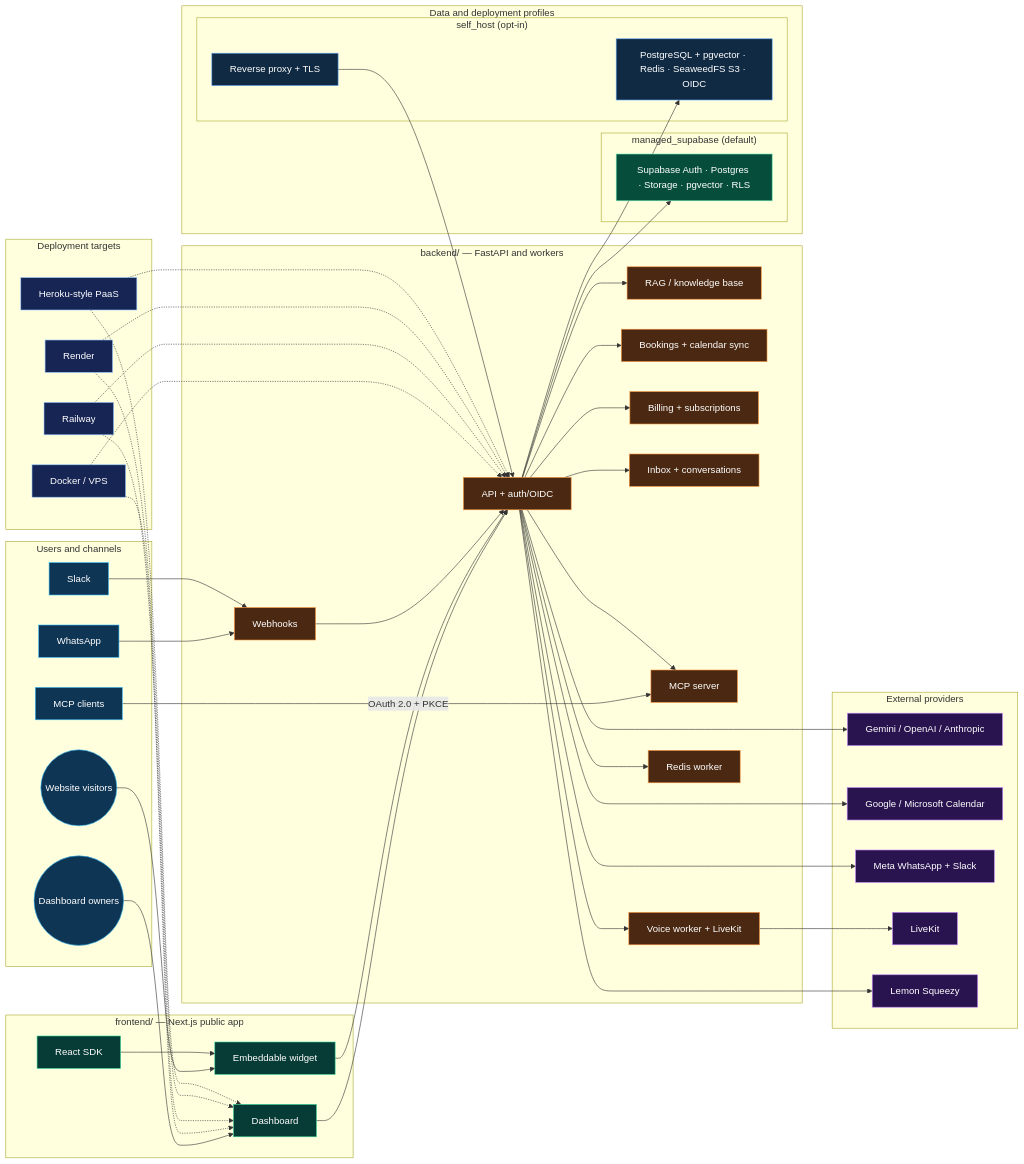
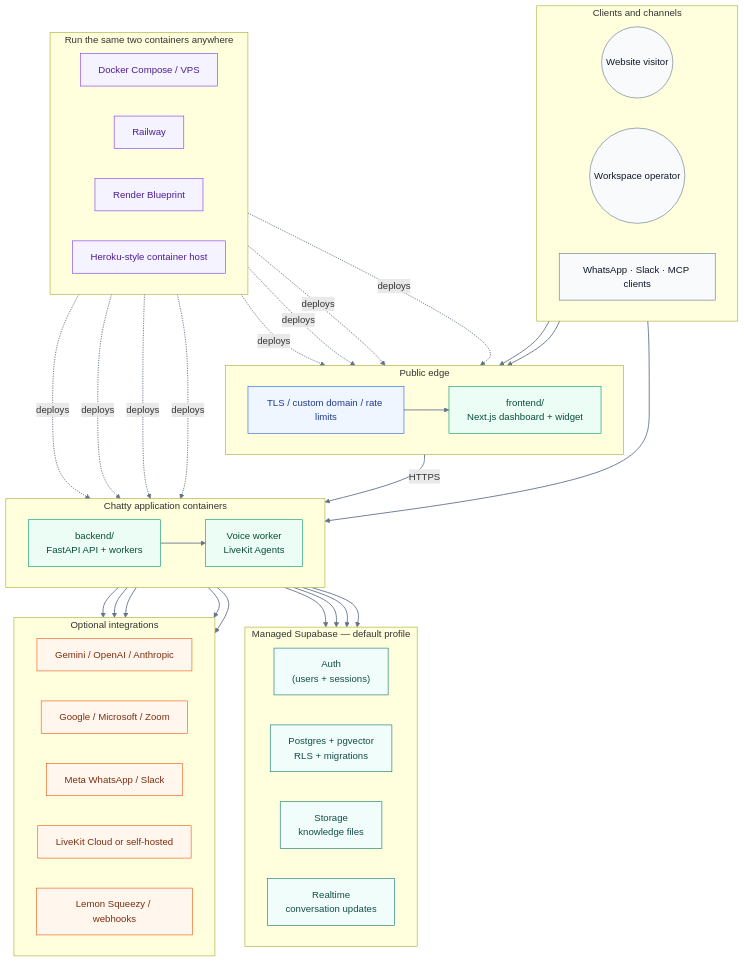
One commit to PersonaliAI/chatty changed the diagram in README.md. Above: the diagram before and after it, drawn with Mermaid. The commit also changed other lines of this file and 3 other files, not shown here.

````diff
--- a/README.md
+++ b/README.md
@@ -93,94 +89,76 @@
 ```mermaid
-flowchart LR
-    classDef channel fill:#0f3554,color:#fff,stroke:#38bdf8
-    classDef app fill:#073b35,color:#fff,stroke:#34d399
-    classDef service fill:#4a2811,color:#fff,stroke:#fb923c
-    classDef managed fill:#064e3b,color:#fff,stroke:#6ee7b7
-    classDef selfhost fill:#102a43,color:#fff,stroke:#60a5fa
-    classDef provider fill:#29144f,color:#fff,stroke:#c084fc
-    classDef target fill:#172554,color:#fff,stroke:#93c5fd
+flowchart TB
+    classDef actor fill:#f8fafc,stroke:#64748b,color:#0f172a
+    classDef edge fill:#eff6ff,stroke:#2563eb,color:#1e3a8a
+    classDef app fill:#ecfdf5,stroke:#059669,color:#064e3b
+    classDef data fill:#f0fdfa,stroke:#0f766e,color:#134e4a
+    classDef integration fill:#fff7ed,stroke:#ea580c,color:#7c2d12
+    classDef deploy fill:#f5f3ff,stroke:#7c3aed,color:#4c1d95
 
-    subgraph channels["Users and channels"]
-        visitor(("Website visitors")):::channel
-        owner(("Dashboard owners")):::channel
-        whatsapp["WhatsApp"]:::channel
-        slack["Slack"]:::channel
-        mcp_client["MCP clients"]:::channel
+    subgraph clients["Clients and channels"]
+        direction LR
+        visitor(("Website visitor")):::actor
+        operator(("Workspace operator")):::actor
+        channels["WhatsApp · Slack · MCP clients"]:::actor
     end
 
-    subgraph frontend["frontend/ — Next.js public app"]
-        dashboard["Dashboard"]:::app
-        widget["Embeddable widget"]:::app
-        sdk["React SDK"]:::app
+    subgraph edge["Public edge"]
+        direction LR
+        tls["TLS / custom domain / rate limits"]:::edge
+        web["frontend/\nNext.js dashboard + widget"]:::app
     end
 
-    subgraph backend["backend/ — FastAPI and workers"]
-        api["API + auth/OIDC"]:::service
-        webhook["Webhooks"]:::service
-        rag["RAG / knowledge base"]:::service
-        booking["Bookings + calendar sync"]:::service
-        billing["Billing + subscriptions"]:::service
-        inbox["Inbox + conversations"]:::service
-        mcp["MCP server"]:::service
-        voice["Voice worker + LiveKit"]:::service
-        jobs["Redis worker"]:::service
+    subgraph compute["Chatty application containers"]
+        direction LR
+        api["backend/\nFastAPI API + workers"]:::app
+        voice["Voice worker\nLiveKit Agents"]:::app
     end
 
-    subgraph data["Data and deployment profiles"]
-        subgraph managed["managed_supabase (default)"]
-            supabase["Supabase Auth · Postgres · Storage · pgvector · RLS"]:::managed
-        end
-        subgraph selfhost["self_host (opt-in)"]
-            portable["PostgreSQL + pgvector · Redis · SeaweedFS S3 · OIDC"]:::selfhost
-            proxy["Reverse proxy + TLS"]:::selfhost
-        end
+    subgraph managed["Managed Supabase — default profile"]
+        direction LR
+        auth["Auth\n(users + sessions)"]:::data
+        postgres["Postgres + pgvector\nRLS + migrations"]:::data
+        storage["Storage\nknowledge files"]:::data
+        realtime["Realtime\nconversation updates"]:::data
     end
 
-    subgraph providers["External providers"]
-        llm["Gemini / OpenAI / Anthropic"]:::provider
-        calendar["Google / Microsoft Calendar"]:::provider
-        meta["Meta WhatsApp + Slack"]:::provider
-        livekit["LiveKit"]:::provider
-        lemonsqueezy["Lemon Squeezy"]:::provider
+    subgraph integrations["Optional integrations"]
+        direction LR
+        llm["Gemini / OpenAI / Anthropic"]:::integration
+        calendar["Google / Microsoft / Zoom"]:::integration
+        meta["Meta WhatsApp / Slack"]:::integration
+        livekit["LiveKit Cloud or self-hosted"]:::integration
+        billing["Lemon Squeezy / webhooks"]:::integration
     end
 
-    subgraph targets["Deployment targets"]
-        docker["Docker / VPS"]:::target
-        railway["Railway"]:::target
-        render["Render"]:::target
-        heroku["Heroku-style PaaS"]:::target
+    subgraph targets["Run the same two containers anywhere"]
+        direction LR
+        docker["Docker Compose / VPS"]:::deploy
+        railway["Railway"]:::deploy
+        render["Render Blueprint"]:::deploy
+        heroku["Heroku-style container host"]:::deploy
     end
 
-    visitor --> widget
-    owner --> dashboard
-    whatsapp --> webhook
-    slack --> webhook
-    mcp_client -->|OAuth 2.0 + PKCE| mcp
-    dashboard --> api
-    widget --> api
-    sdk --> widget
-    webhook --> api
-    api --> rag
-    api --> booking
-    api --> billing
-    api --> inbox
-    api --> mcp
-    api --> voice
-    api --> jobs
-    api --> supabase
-    api --> portable
-    proxy --> api
+    visitor --> tls --> web
+    operator --> web
+    channels --> api
+    web -->|HTTPS| api
+    api --> auth
+    api --> postgres
+    api --> storage
+    api --> realtime
     api --> llm
     api --> calendar
     api --> meta
-    api --> lemonsqueezy
-    voice --> livekit
-    docker -.-> dashboard
-    docker -.-> api
-    railway -.-> dashboard
-    railway -.-> api
-    render -.-> dashboard
-    render -.-> api
-    heroku -.-> dashboard
-    heroku -.-> api
+    api --> billing
+    api --> voice --> livekit
+    docker -. deploys .-> web
+    docker -. deploys .-> api
+    railway -. deploys .-> web
+    railway -. deploys .-> api
+    render -. deploys .-> web
+    render -. deploys .-> api
+    heroku -. deploys .-> web
+    heroku -. deploys .-> api
+    linkStyle default stroke:#64748b,stroke-width:1.5px
 ```
````
